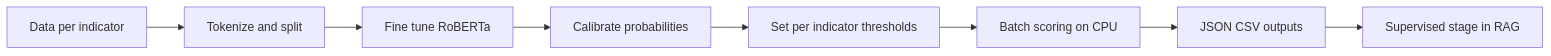
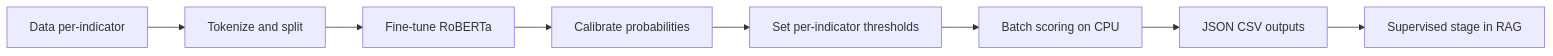
Before and after one commit to LuDanielPoyu/Compliance-Analysis-of-Corporate-Social-Responsibility-Reports: the second of 3 diagrams in README.md, drawn with Mermaid. The commit also changed other lines of this file, not shown here.

````diff
--- a/README.md
+++ b/README.md
@@ -68,10 +68,10 @@
 ```mermaid
 flowchart LR
-  A[Data per indicator] --> B[Tokenize and split]
-  B --> C[Fine tune RoBERTa]
+  A[Data per-indicator] --> B[Tokenize and split]
+  B --> C[Fine-tune RoBERTa]
   C --> D[Calibrate probabilities]
-  D --> E[Set per indicator thresholds]
+  D --> E[Set per-indicator thresholds]
   E --> F[Batch scoring on CPU]
   F --> G[JSON CSV outputs]
   G --> H[Supervised stage in RAG]
 ```
````
